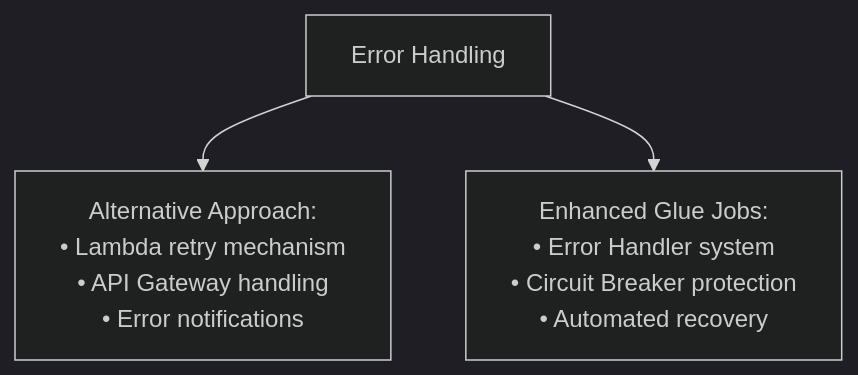
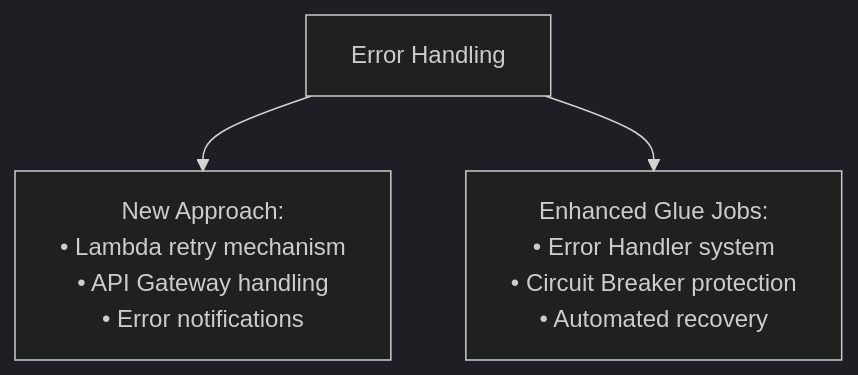
Before and after one commit to veronelazio/wezterm: the eighth of 17 diagrams in mermaid.md, drawn with Mermaid (dark theme). The commit also changed other lines of this file, not shown here.

````diff
--- a/mermaid.md
+++ b/mermaid.md
@@ -89,5 +89,5 @@
 ```mermaid
 flowchart TD
-    F1["Error Handling"] --> F2["Alternative Approach:<br/>• Lambda retry mechanism<br/>• API Gateway handling<br/>• Error notifications"]
+    F1["Error Handling"] --> F2["New Approach:<br/>• Lambda retry mechanism<br/>• API Gateway handling<br/>• Error notifications"]
     F1 --> F3["Enhanced Glue Jobs:<br/>• Error Handler system<br/>• Circuit Breaker protection<br/>• Automated recovery"]
 ```
````
